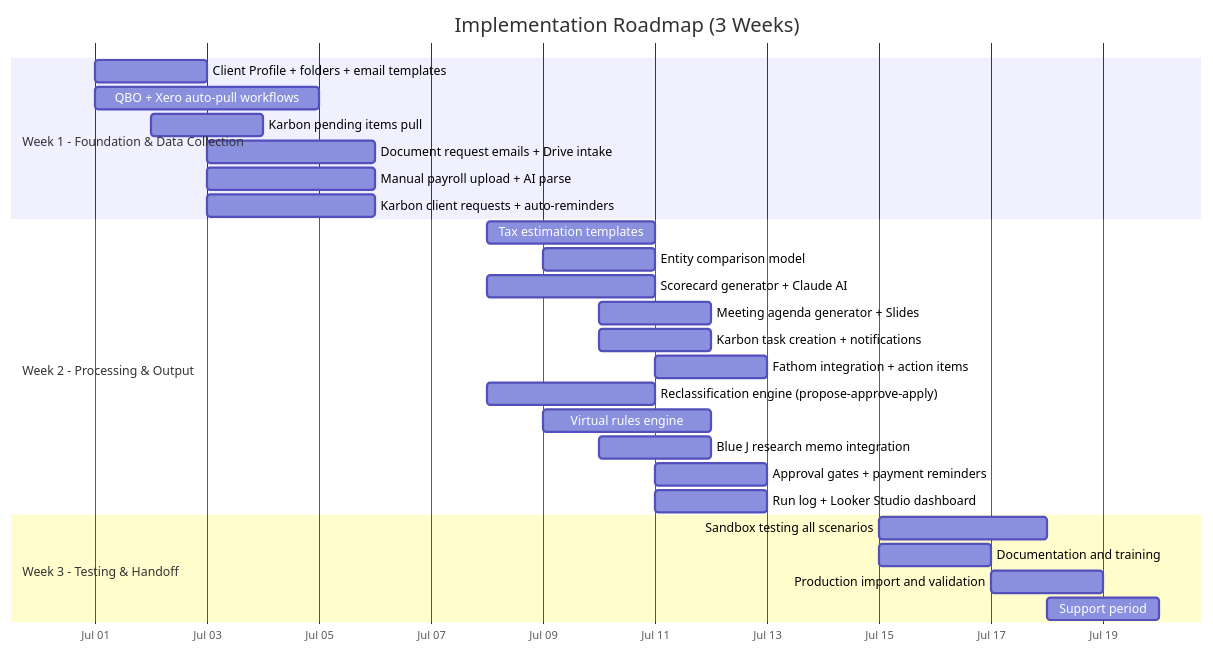
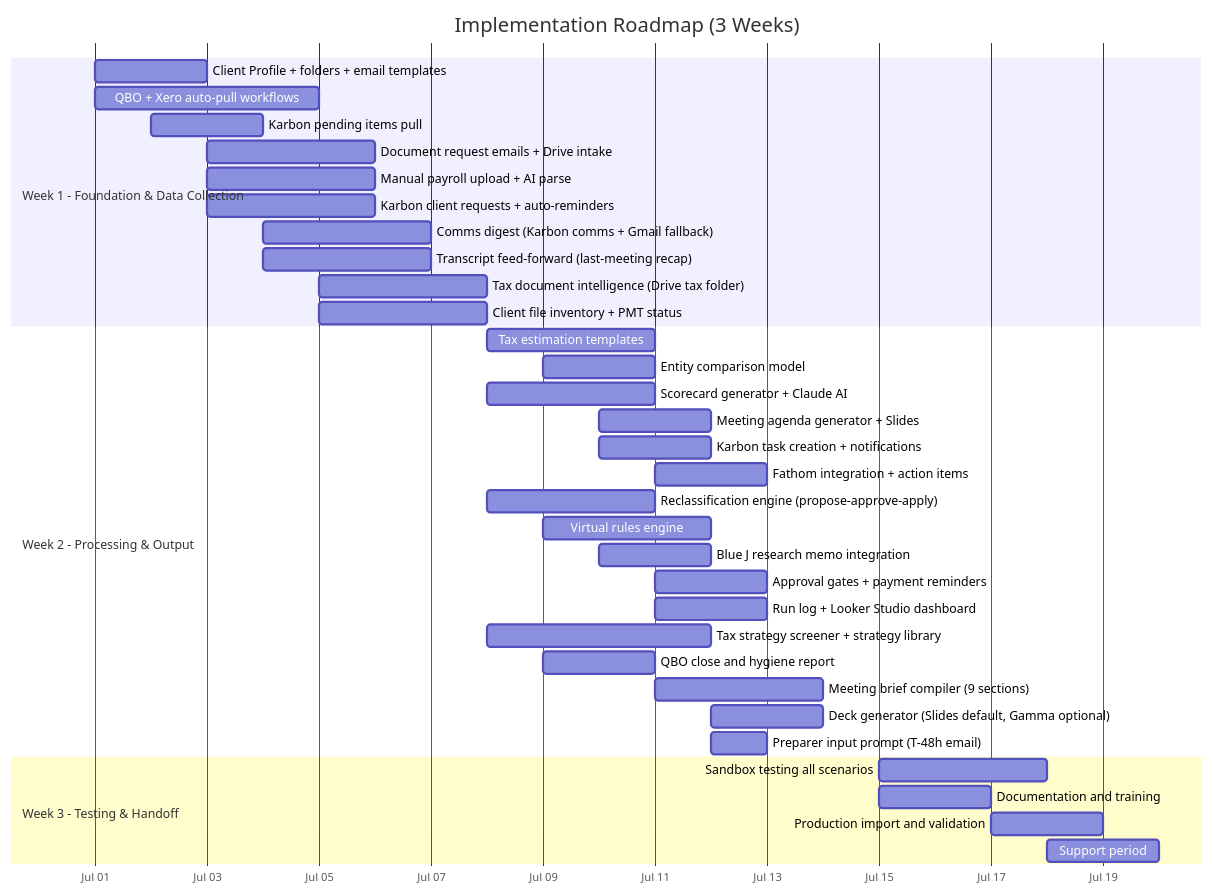
Diagram 25 of 27 in docs/quarterly-meeting-automation/05-Comprehensive-Workflow-Documentation.md (dkinvestments-art/n8n), drawn with Mermaid before and after one commit. The commit also changed other lines of this file, not shown here.

First line of the commit message:
docs: Upgrade comprehensive workflow doc to v2.0 full client intelligence

````diff
--- a/docs/quarterly-meeting-automation/05-Comprehensive-Workflow-Documentation.md
+++ b/docs/quarterly-meeting-automation/05-Comprehensive-Workflow-Documentation.md
@@ -1079,33 +1374,42 @@
 ```mermaid
 gantt
     title Implementation Roadmap (3 Weeks)
     dateFormat YYYY-MM-DD
     axisFormat %b %d
 
     section Week 1 - Foundation & Data Collection
     Client Profile + folders + email templates :p1a, 2026-07-01, 2d
     QBO + Xero auto-pull workflows              :p1b, 2026-07-01, 4d
     Karbon pending items pull                   :p1c, 2026-07-02, 2d
     Document request emails + Drive intake      :p1d, 2026-07-03, 3d
     Manual payroll upload + AI parse            :p1e, 2026-07-03, 3d
     Karbon client requests + auto-reminders     :p1f, 2026-07-03, 3d
+    Comms digest (Karbon comms + Gmail fallback) :p1g, 2026-07-04, 3d
+    Transcript feed-forward (last-meeting recap) :p1h, 2026-07-04, 3d
+    Tax document intelligence (Drive tax folder) :p1i, 2026-07-05, 3d
+    Client file inventory + PMT status          :p1j, 2026-07-05, 3d
 
     section Week 2 - Processing & Output
     Tax estimation templates                    :p2a, 2026-07-08, 3d
     Entity comparison model                     :p2b, 2026-07-09, 2d
     Scorecard generator + Claude AI             :p2c, 2026-07-08, 3d
     Meeting agenda generator + Slides           :p2d, 2026-07-10, 2d
     Karbon task creation + notifications        :p2e, 2026-07-10, 2d
     Fathom integration + action items           :p2f, 2026-07-11, 2d
     Reclassification engine (propose-approve-apply) :p2g, 2026-07-08, 3d
     Virtual rules engine                        :p2h, 2026-07-09, 3d
     Blue J research memo integration            :p2i, 2026-07-10, 2d
     Approval gates + payment reminders          :p2j, 2026-07-11, 2d
     Run log + Looker Studio dashboard           :p2k, 2026-07-11, 2d
+    Tax strategy screener + strategy library    :p2l, 2026-07-08, 4d
+    QBO close and hygiene report                :p2m, 2026-07-09, 2d
+    Meeting brief compiler (9 sections)         :p2n, 2026-07-11, 3d
+    Deck generator (Slides default, Gamma optional) :p2o, 2026-07-12, 2d
+    Preparer input prompt (T-48h email)         :p2p, 2026-07-12, 1d
 
     section Week 3 - Testing & Handoff
     Sandbox testing all scenarios               :p3a, 2026-07-15, 3d
     Documentation and training                  :p3b, 2026-07-15, 2d
     Production import and validation            :p3c, 2026-07-17, 2d
     Support period                              :p3d, 2026-07-18, 2d
 ```
````
